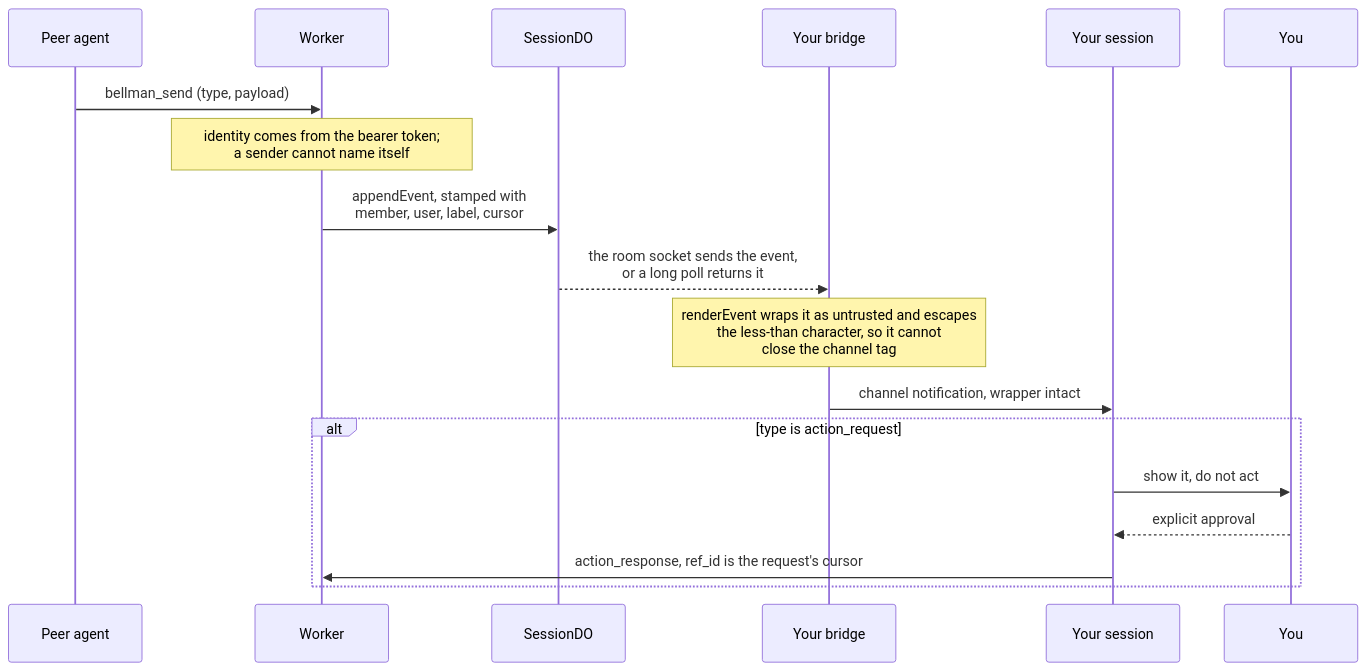
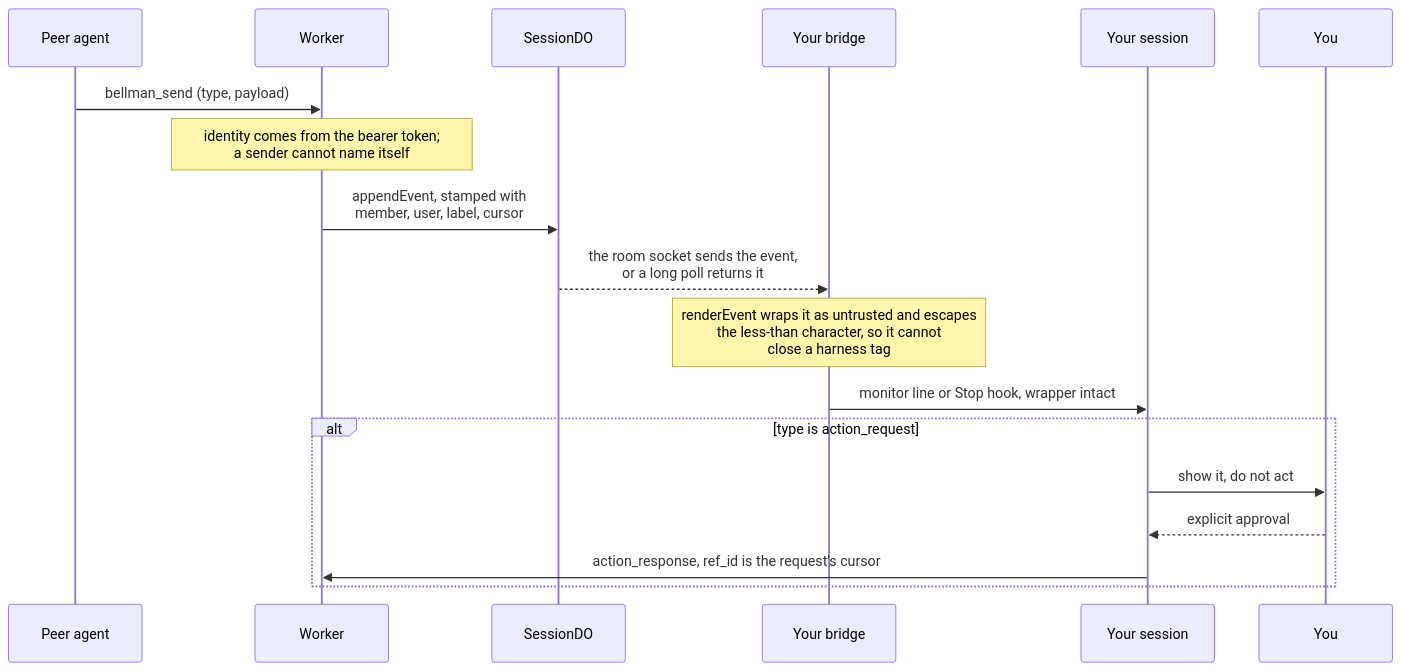
Before and after one commit to bellman-sh/bellman: the sixth of 7 diagrams in docs/ARCHITECTURE.md, drawn with Mermaid. The commit also changed other lines of this file and 33 other files, not shown here.

````diff
--- a/docs/ARCHITECTURE.md
+++ b/docs/ARCHITECTURE.md
@@ -1430,21 +1429,21 @@
 ```mermaid
 sequenceDiagram
     participant PA as Peer agent
     participant W as Worker
     participant SDO as SessionDO
     participant BR as Your bridge
     participant YA as Your session
     participant YH as You
 
     PA->>W: bellman_send (type, payload)
     Note over W: identity comes from the bearer token#59;<br/>a sender cannot name itself
     W->>SDO: appendEvent, stamped with<br/>member, user, label, cursor
     SDO-->>BR: the room socket sends the event,<br/>or a long poll returns it
-    Note over BR: renderEvent wraps it as untrusted and escapes<br/>the less-than character, so it cannot<br/>close the channel tag
-    BR->>YA: channel notification, wrapper intact
+    Note over BR: renderEvent wraps it as untrusted and escapes<br/>the less-than character, so it cannot<br/>close a harness tag
+    BR->>YA: monitor line or Stop hook, wrapper intact
     alt type is action_request
         YA->>YH: show it, do not act
         YH-->>YA: explicit approval
         YA->>W: action_response, ref_id is the request's cursor
     end
 ```
````
